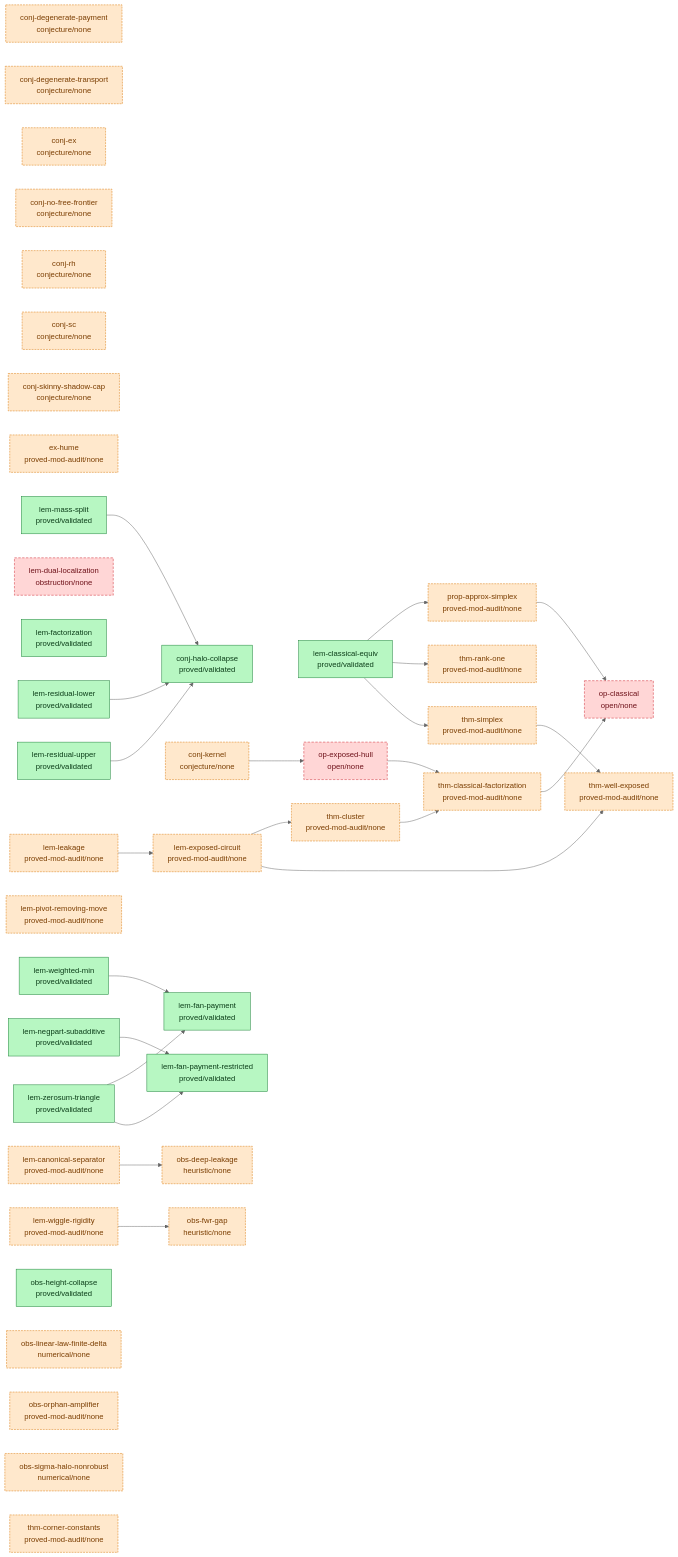
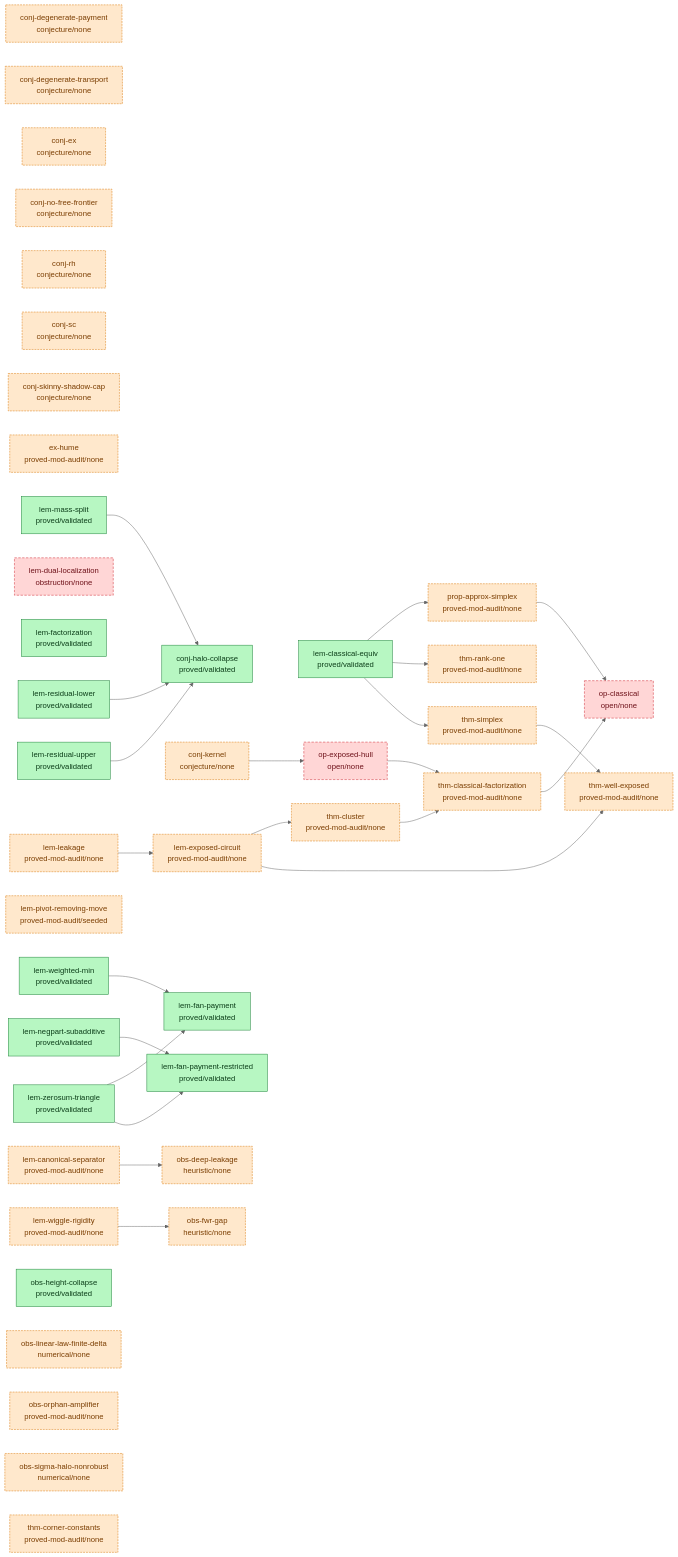
The diagram in argument/DAG.md (tobiasosborne/almost-idempotent-stochastic-maps), drawn with Mermaid (neutral theme) before and after one commit. The commit also changed 7 other files, not shown here.

First line of the commit message:
Seed af workspace for lem-pivot-removing-move (af: none -> seeded)

````diff
--- a/argument/DAG.md
+++ b/argument/DAG.md
@@ -6,75 +6,75 @@
 ```mermaid
 graph LR
   classDef validated fill:#b7f7c2,stroke:#1a7f37,color:#0b3d18;
   classDef proved fill:#cfe3ff,stroke:#0969da,color:#0a3069;
   classDef seeded fill:#fff3c4,stroke:#bf8700,color:#5a4500;
   classDef stated fill:#eaecef,stroke:#8b949e,color:#24292f;
   classDef cited fill:#e7d6ff,stroke:#8250df,color:#3b1a73;
   classDef nonrigorous fill:#ffe8cc,stroke:#d97706,color:#7a3d00,stroke-dasharray:4 2;
   classDef open fill:#ffd6d6,stroke:#cf222e,color:#6e1119,stroke-dasharray:5 3;
   conj-degenerate-payment["conj-degenerate-payment<br/>conjecture/none"]
   conj-degenerate-transport["conj-degenerate-transport<br/>conjecture/none"]
   conj-ex["conj-ex<br/>conjecture/none"]
   conj-halo-collapse["conj-halo-collapse<br/>proved/validated"]
   conj-kernel["conj-kernel<br/>conjecture/none"]
   conj-no-free-frontier["conj-no-free-frontier<br/>conjecture/none"]
   conj-rh["conj-rh<br/>conjecture/none"]
   conj-sc["conj-sc<br/>conjecture/none"]
   conj-skinny-shadow-cap["conj-skinny-shadow-cap<br/>conjecture/none"]
   ex-hume["ex-hume<br/>proved-mod-audit/none"]
   lem-canonical-separator["lem-canonical-separator<br/>proved-mod-audit/none"]
   lem-classical-equiv["lem-classical-equiv<br/>proved/validated"]
   lem-dual-localization["lem-dual-localization<br/>obstruction/none"]
   lem-exposed-circuit["lem-exposed-circuit<br/>proved-mod-audit/none"]
   lem-factorization["lem-factorization<br/>proved/validated"]
   lem-fan-payment["lem-fan-payment<br/>proved/validated"]
   lem-fan-payment-restricted["lem-fan-payment-restricted<br/>proved/validated"]
   lem-leakage["lem-leakage<br/>proved-mod-audit/none"]
   lem-mass-split["lem-mass-split<br/>proved/validated"]
   lem-negpart-subadditive["lem-negpart-subadditive<br/>proved/validated"]
-  lem-pivot-removing-move["lem-pivot-removing-move<br/>proved-mod-audit/none"]
+  lem-pivot-removing-move["lem-pivot-removing-move<br/>proved-mod-audit/seeded"]
   lem-residual-lower["lem-residual-lower<br/>proved/validated"]
   lem-residual-upper["lem-residual-upper<br/>proved/validated"]
   lem-weighted-min["lem-weighted-min<br/>proved/validated"]
   lem-wiggle-rigidity["lem-wiggle-rigidity<br/>proved-mod-audit/none"]
   lem-zerosum-triangle["lem-zerosum-triangle<br/>proved/validated"]
   obs-deep-leakage["obs-deep-leakage<br/>heuristic/none"]
   obs-fwr-gap["obs-fwr-gap<br/>heuristic/none"]
   obs-height-collapse["obs-height-collapse<br/>proved/validated"]
   obs-linear-law-finite-delta["obs-linear-law-finite-delta<br/>numerical/none"]
   obs-orphan-amplifier["obs-orphan-amplifier<br/>proved-mod-audit/none"]
   obs-sigma-halo-nonrobust["obs-sigma-halo-nonrobust<br/>numerical/none"]
   op-classical["op-classical<br/>open/none"]
   op-exposed-hull["op-exposed-hull<br/>open/none"]
   prop-approx-simplex["prop-approx-simplex<br/>proved-mod-audit/none"]
   thm-classical-factorization["thm-classical-factorization<br/>proved-mod-audit/none"]
   thm-cluster["thm-cluster<br/>proved-mod-audit/none"]
   thm-corner-constants["thm-corner-constants<br/>proved-mod-audit/none"]
   thm-rank-one["thm-rank-one<br/>proved-mod-audit/none"]
   thm-simplex["thm-simplex<br/>proved-mod-audit/none"]
   thm-well-exposed["thm-well-exposed<br/>proved-mod-audit/none"]
   conj-kernel --> op-exposed-hull
   lem-canonical-separator --> obs-deep-leakage
   lem-classical-equiv --> prop-approx-simplex
   lem-classical-equiv --> thm-rank-one
   lem-classical-equiv --> thm-simplex
   lem-exposed-circuit --> thm-cluster
   lem-exposed-circuit --> thm-well-exposed
   lem-leakage --> lem-exposed-circuit
   lem-mass-split --> conj-halo-collapse
   lem-negpart-subadditive --> lem-fan-payment-restricted
   lem-residual-lower --> conj-halo-collapse
   lem-residual-upper --> conj-halo-collapse
   lem-weighted-min --> lem-fan-payment
   lem-wiggle-rigidity --> obs-fwr-gap
   lem-zerosum-triangle --> lem-fan-payment
   lem-zerosum-triangle --> lem-fan-payment-restricted
   op-exposed-hull --> thm-classical-factorization
   prop-approx-simplex --> op-classical
   thm-classical-factorization --> op-classical
   thm-cluster --> thm-classical-factorization
   thm-simplex --> thm-well-exposed
   class conj-halo-collapse,lem-classical-equiv,lem-factorization,lem-fan-payment,lem-fan-payment-restricted,lem-mass-split,lem-negpart-subadditive,lem-residual-lower,lem-residual-upper,lem-weighted-min,lem-zerosum-triangle,obs-height-collapse validated;
   class conj-degenerate-payment,conj-degenerate-transport,conj-ex,conj-kernel,conj-no-free-frontier,conj-rh,conj-sc,conj-skinny-shadow-cap,ex-hume,lem-canonical-separator,lem-exposed-circuit,lem-leakage,lem-pivot-removing-move,lem-wiggle-rigidity,obs-deep-leakage,obs-fwr-gap,obs-linear-law-finite-delta,obs-orphan-amplifier,obs-sigma-halo-nonrobust,prop-approx-simplex,thm-classical-factorization,thm-cluster,thm-corner-constants,thm-rank-one,thm-simplex,thm-well-exposed nonrigorous;
   class lem-dual-localization,op-classical,op-exposed-hull open;
 ```
````
